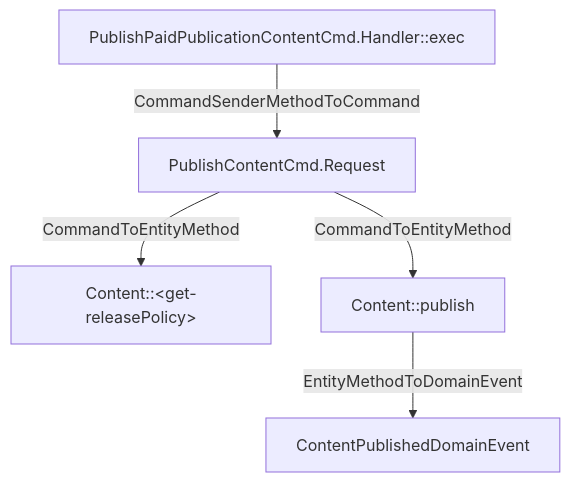
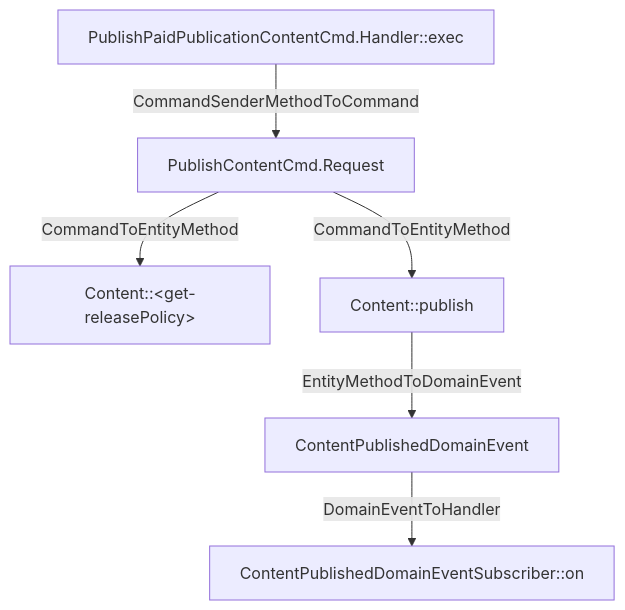
Before and after one commit to LDmoxeii/cap4k-reference-content-studio: the diagram in analysis/flows/com_only4_cap4k_reference_contentstudio_application_commands_paid_publication_Pu.mmd, drawn with Mermaid. The commit also changed 13 other files, not shown here.

```diff
--- a/analysis/flows/com_only4_cap4k_reference_contentstudio_application_commands_paid_publication_Pu.mmd
+++ b/analysis/flows/com_only4_cap4k_reference_contentstudio_application_commands_paid_publication_Pu.mmd
@@ -1,10 +1,12 @@
 flowchart TD
   N1[PublishContentCmd.Request]
   N2[PublishPaidPublicationContentCmd.Handler::exec]
-  N3[Content::&lt;get-releasePolicy&gt;]
-  N4[Content::publish]
-  N5[ContentPublishedDomainEvent]
-  N1 -->|CommandToEntityMethod| N3
+  N3[ContentPublishedDomainEventSubscriber::on]
+  N4[Content::&lt;get-releasePolicy&gt;]
+  N5[Content::publish]
+  N6[ContentPublishedDomainEvent]
   N1 -->|CommandToEntityMethod| N4
+  N1 -->|CommandToEntityMethod| N5
   N2 -->|CommandSenderMethodToCommand| N1
-  N4 -->|EntityMethodToDomainEvent| N5
+  N5 -->|EntityMethodToDomainEvent| N6
+  N6 -->|DomainEventToHandler| N3
```
